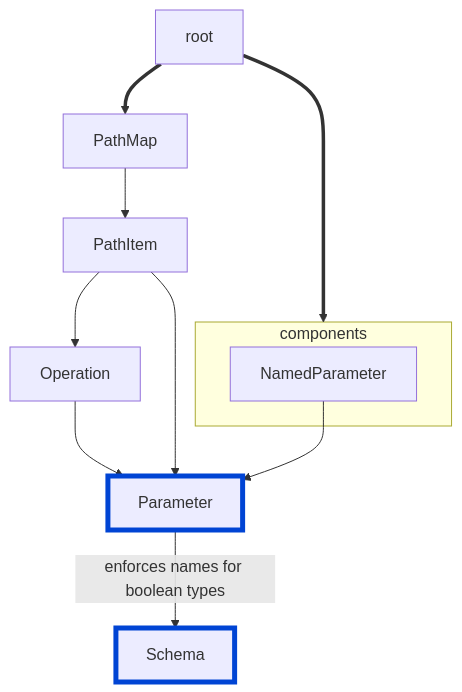
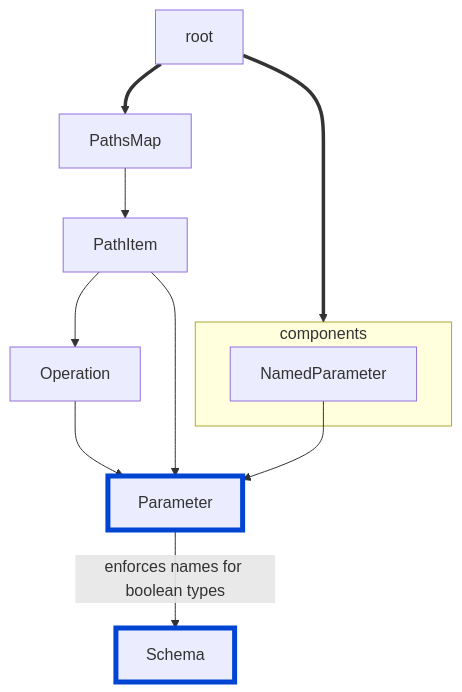
One commit to Redocly/redocly-cli changed the diagram in docs/rules/boolean-parameter-prefixes.md. Above: the diagram before and after it, drawn with Mermaid. The commit also changed 32 other files, not shown here.

Commit message:
refactor: rename Map types into the plural form

````diff
--- a/docs/rules/boolean-parameter-prefixes.md
+++ b/docs/rules/boolean-parameter-prefixes.md
@@ -13,16 +13,16 @@
 ```mermaid
 flowchart TD
 
-root ==> PathMap --> PathItem --> Operation --> Parameter --enforces names for boolean types--> Schema
+root ==> PathsMap --> PathItem --> Operation --> Parameter --enforces names for boolean types--> Schema
 PathItem --> Parameter
 NamedParameter --> Parameter
 
 root ==> components
 
 subgraph components
 NamedParameter
 end
 
 style Parameter fill:#codaf9,stroke:#0044d4,stroke-width:5px
 style Schema fill:#codaf9,stroke:#0044d4,stroke-width:5px
 ```
````
